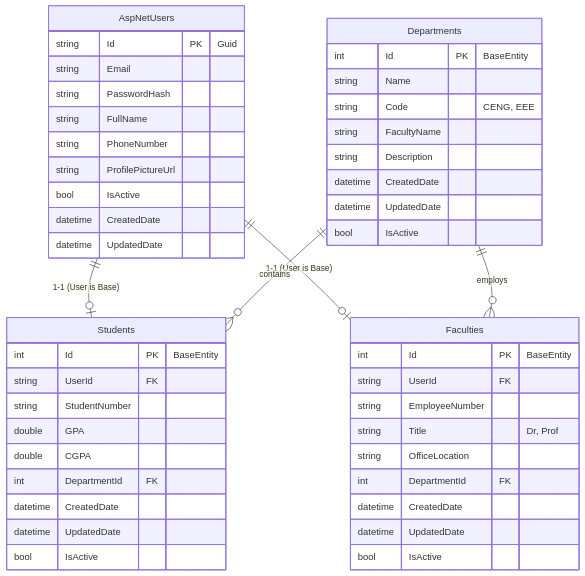
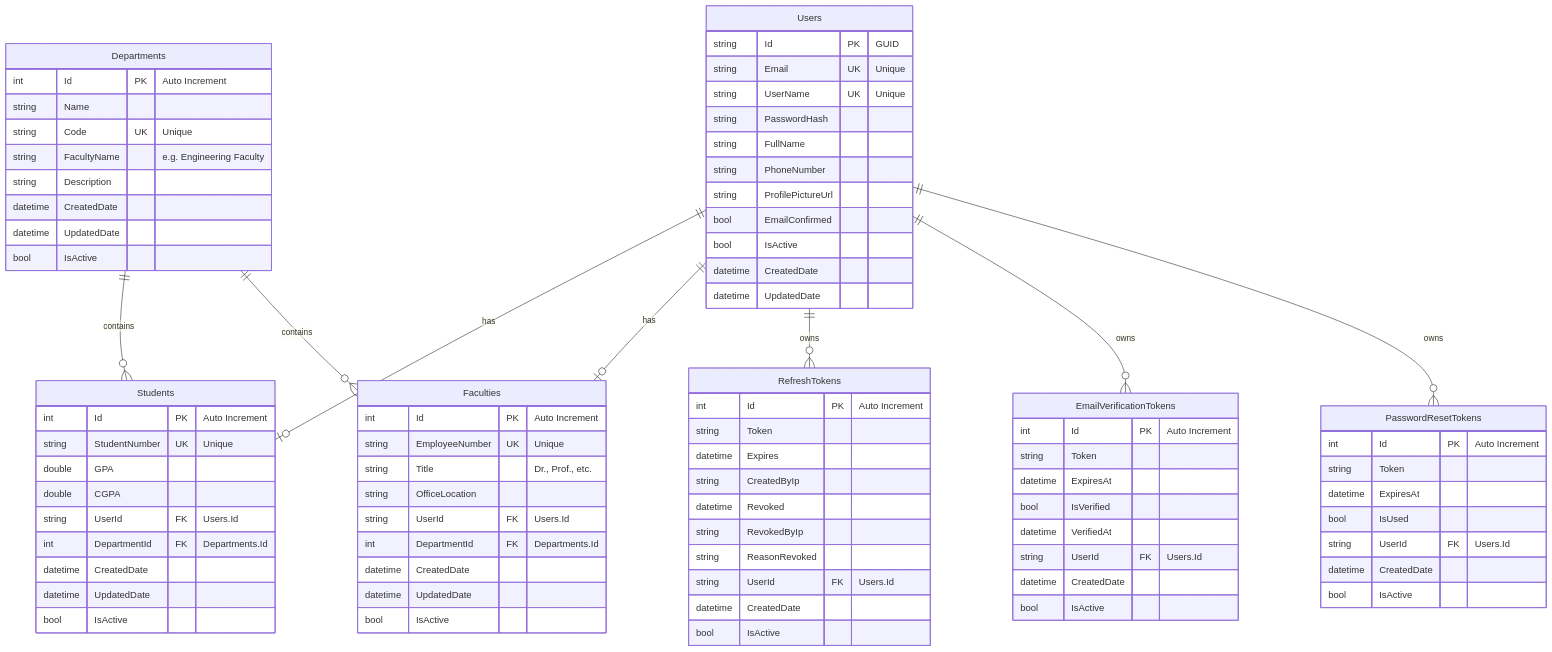
One commit to HasanBasriTaskin/Web_Mobil_Akilli_Kampus_FINAL_PROJECT_BACKEND changed the diagram in docs/DATABASE_SCHEMA.md. Above: the diagram before and after it, drawn with Mermaid. The commit also changed other lines of this file and 6 other files, not shown here.

````diff
--- a/docs/DATABASE_SCHEMA.md
+++ b/docs/DATABASE_SCHEMA.md
@@ -5,54 +5,93 @@
 ```mermaid
 erDiagram
-    AspNetUsers ||--o| Students : "1-1 (User is Base)"
-    AspNetUsers ||--o| Faculties : "1-1 (User is Base)"
+    Users ||--o| Students : "has"
+    Users ||--o| Faculties : "has"
+    Users ||--o{ RefreshTokens : "owns"
+    Users ||--o{ EmailVerificationTokens : "owns"
+    Users ||--o{ PasswordResetTokens : "owns"
     Departments ||--o{ Students : "contains"
-    Departments ||--o{ Faculties : "employs"
+    Departments ||--o{ Faculties : "contains"
 
-    AspNetUsers {
-        string Id PK "Guid"
-        string Email
+    Users {
+        string Id PK "GUID"
+        string Email UK "Unique"
+        string UserName UK "Unique"
         string PasswordHash
         string FullName
         string PhoneNumber
         string ProfilePictureUrl
+        bool EmailConfirmed
         bool IsActive
         datetime CreatedDate
         datetime UpdatedDate
     }
 
     Students {
-        int Id PK "BaseEntity"
-        string UserId FK
-        string StudentNumber
+        int Id PK "Auto Increment"
+        string StudentNumber UK "Unique"
         double GPA
         double CGPA
-        int DepartmentId FK
+        string UserId FK "Users.Id"
+        int DepartmentId FK "Departments.Id"
         datetime CreatedDate
         datetime UpdatedDate
         bool IsActive
     }
 
     Faculties {
-        int Id PK "BaseEntity"
-        string UserId FK
-        string EmployeeNumber
-        string Title "Dr, Prof"
+        int Id PK "Auto Increment"
+        string EmployeeNumber UK "Unique"
+        string Title "Dr., Prof., etc."
         string OfficeLocation
-        int DepartmentId FK
+        string UserId FK "Users.Id"
+        int DepartmentId FK "Departments.Id"
         datetime CreatedDate
         datetime UpdatedDate
         bool IsActive
     }
 
     Departments {
-        int Id PK "BaseEntity"
+        int Id PK "Auto Increment"
         string Name
-        string Code "CENG, EEE"
-        string FacultyName
+        string Code UK "Unique"
+        string FacultyName "e.g. Engineering Faculty"
         string Description
         datetime CreatedDate
         datetime UpdatedDate
         bool IsActive
     }
+
+    RefreshTokens {
+        int Id PK "Auto Increment"
+        string Token
+        datetime Expires
+        string CreatedByIp
+        datetime Revoked
+        string RevokedByIp
+        string ReasonRevoked
+        string UserId FK "Users.Id"
+        datetime CreatedDate
+        bool IsActive
+    }
+
+    EmailVerificationTokens {
+        int Id PK "Auto Increment"
+        string Token
+        datetime ExpiresAt
+        bool IsVerified
+        datetime VerifiedAt
+        string UserId FK "Users.Id"
+        datetime CreatedDate
+        bool IsActive
+    }
+
+    PasswordResetTokens {
+        int Id PK "Auto Increment"
+        string Token
+        datetime ExpiresAt
+        bool IsUsed
+        string UserId FK "Users.Id"
+        datetime CreatedDate
+        bool IsActive
+    }
 ```
````
